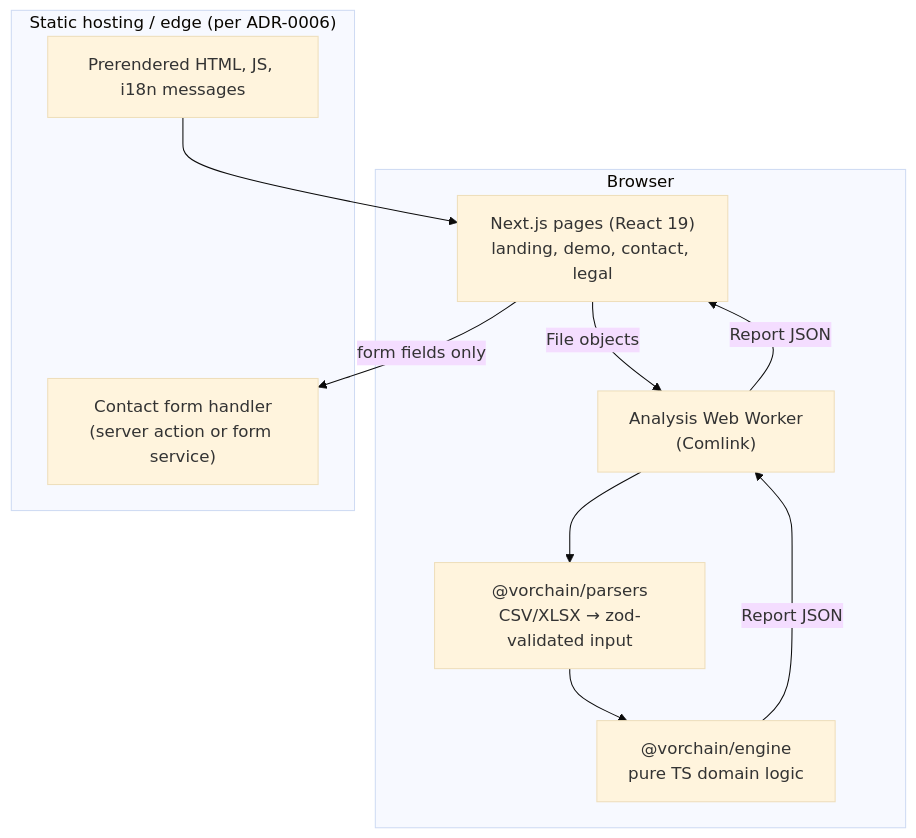
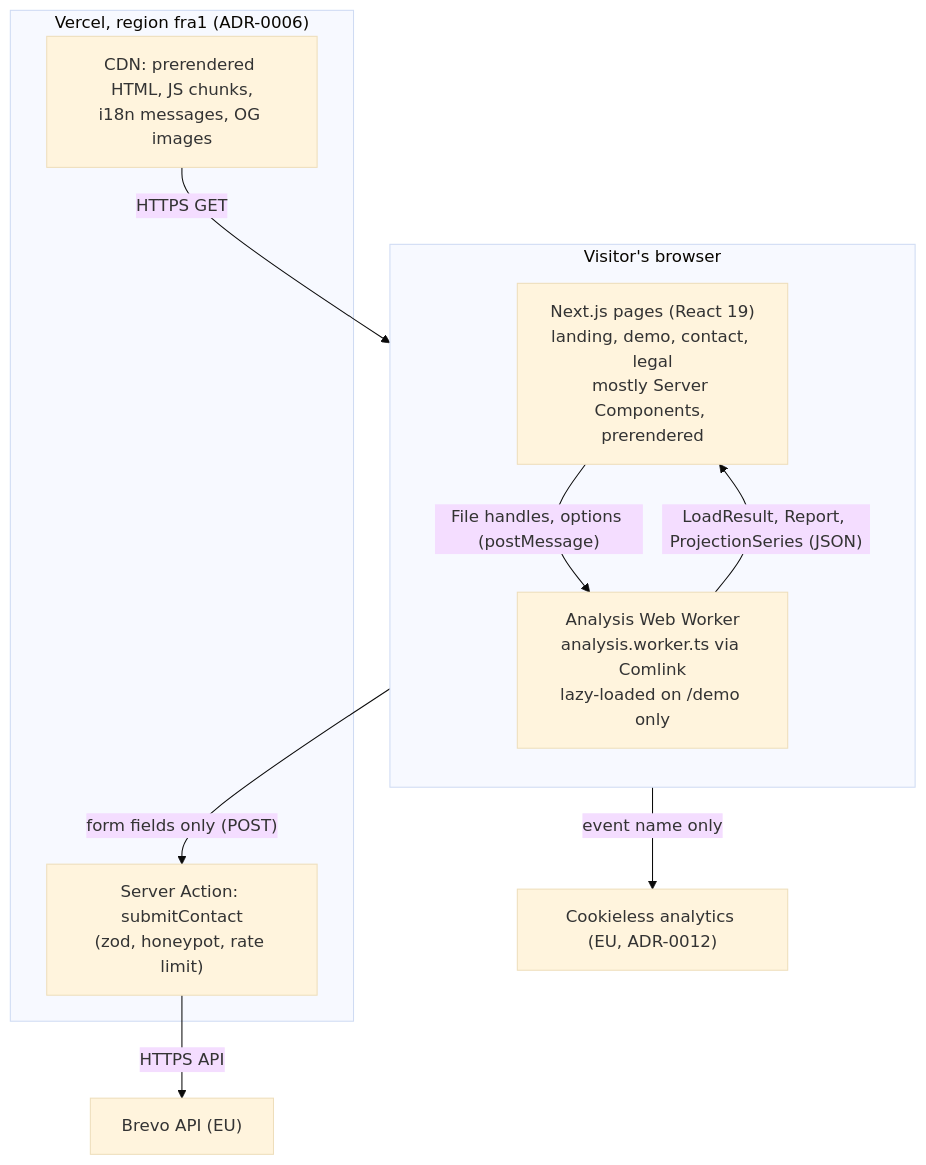
Before and after one commit to Sodabeh-Taherpanah/vorchain_project: the third of 10 diagrams in docs/architecture/README.md, drawn with Mermaid (base theme). The commit also changed other lines of this file and 16 other files, not shown here.

First line of the commit message:
docs: plan phase 1 with ADRs, architecture and backlog

````diff
--- a/docs/architecture/README.md
+++ b/docs/architecture/README.md
@@ -21,18 +65,23 @@
 ```mermaid
 flowchart TB
-  subgraph Browser
-    ui["Next.js pages (React 19)<br/>landing, demo, contact, legal"]
-    worker["Analysis Web Worker<br/>(Comlink)"]
-    parsers["@vorchain/parsers<br/>CSV/XLSX → zod-validated input"]
-    engine["@vorchain/engine<br/>pure TS domain logic"]
-    ui -- "File objects" --> worker
-    worker --> parsers --> engine
-    engine -- "Report JSON" --> worker -- "Report JSON" --> ui
+  subgraph browser["Visitor's browser"]
+    direction TB
+    pages["Next.js pages (React 19)<br/>landing, demo, contact, legal<br/>mostly Server Components, prerendered"]
+    worker["Analysis Web Worker<br/>analysis.worker.ts via Comlink<br/>lazy-loaded on /demo only"]
+    pages -- "File handles, options (postMessage)" --> worker
+    worker -- "LoadResult, Report, ProjectionSeries (JSON)" --> pages
   end
-  subgraph Hosting["Static hosting / edge (per ADR-0006)"]
-    static["Prerendered HTML, JS, i18n messages"]
-    action["Contact form handler<br/>(server action or form service)"]
+
+  subgraph host["Vercel, region fra1 (ADR-0006)"]
+    cdn["CDN: prerendered HTML, JS chunks,<br/>i18n messages, OG images"]
+    action["Server Action: submitContact<br/>(zod, honeypot, rate limit)"]
   end
-  static --> ui
-  ui -- "form fields only" --> action
+
+  brevo["Brevo API (EU)"]
+  plaus["Cookieless analytics (EU, ADR-0012)"]
+
+  cdn -- "HTTPS GET" --> pages
+  pages -- "form fields only (POST)" --> action
+  action -- "HTTPS API" --> brevo
+  pages -- "event name only" --> plaus
 ```
````
